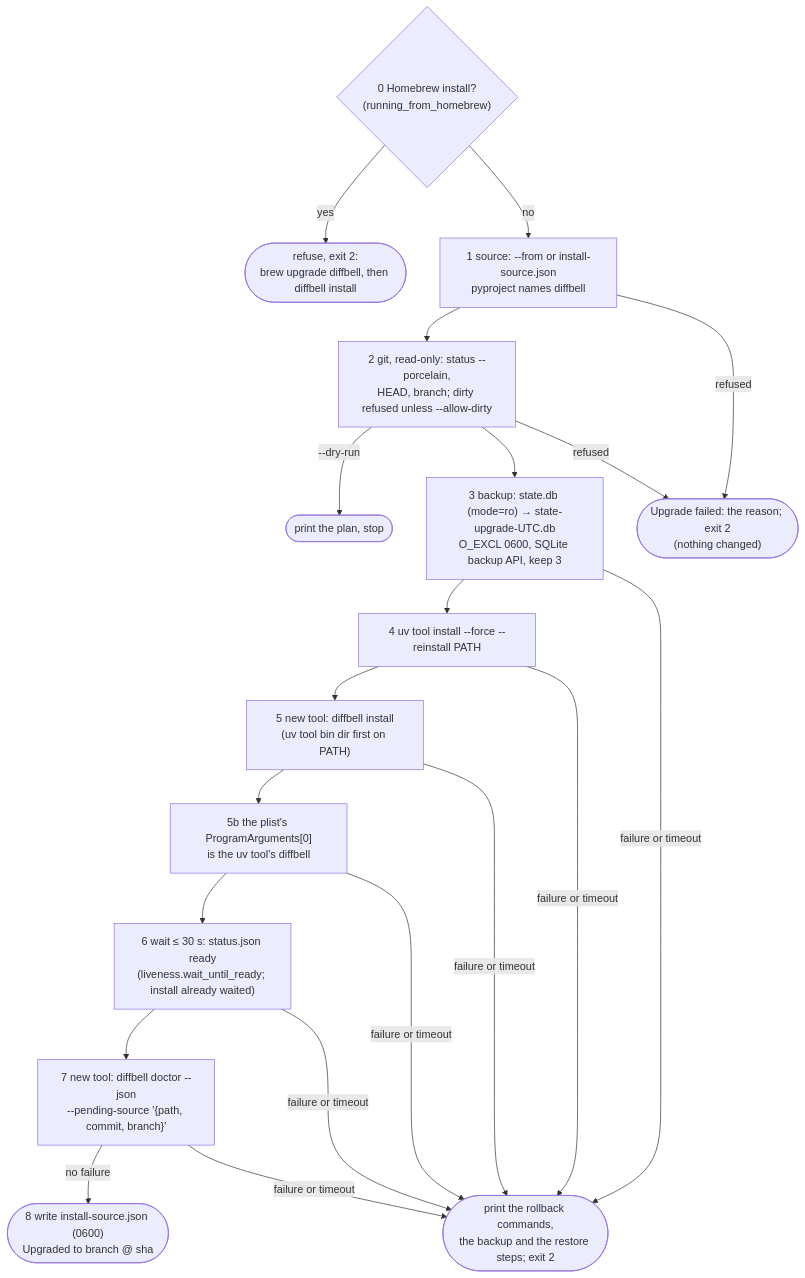
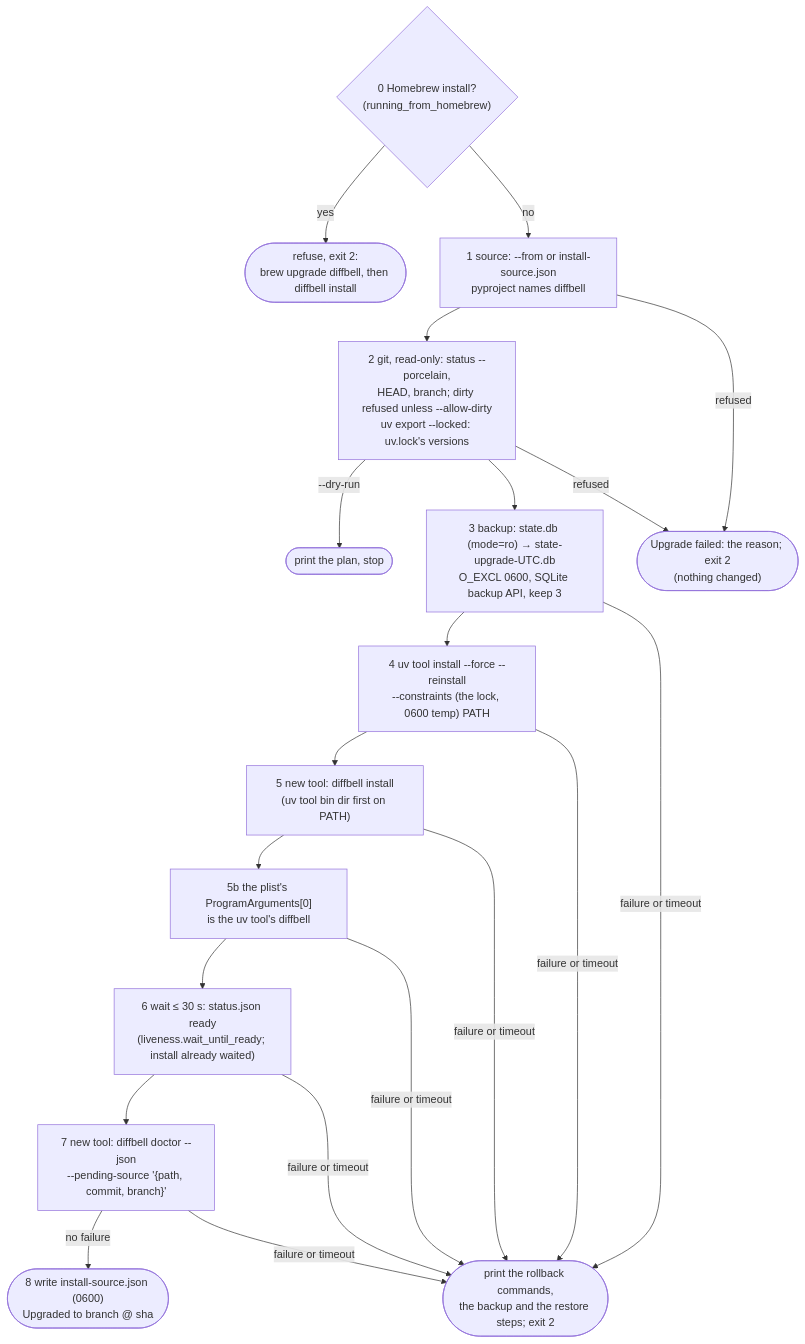
Before and after one commit to CodeTalks/diffbell: diagram 19 of 20 in docs/architecture.md, drawn with Mermaid. The commit also changed other lines of this file and 4 other files, not shown here.

First line of the commit message:
fix(upgrade): install the checkout's uv.lock versions

````diff
--- a/docs/architecture.md
+++ b/docs/architecture.md
@@ -1407,16 +1407,16 @@
 ```mermaid
 flowchart TD
     H{"0 Homebrew install?<br/>(running_from_homebrew)"} -->|yes| ZH(["refuse, exit 2:<br/>brew upgrade diffbell, then diffbell install"])
     H -->|no| A
-    A["1 source: --from or install-source.json<br/>pyproject names diffbell"] --> B["2 git, read-only: status --porcelain,<br/>HEAD, branch; dirty refused unless --allow-dirty"]
+    A["1 source: --from or install-source.json<br/>pyproject names diffbell"] --> B["2 git, read-only: status --porcelain,<br/>HEAD, branch; dirty refused unless --allow-dirty<br/>uv export --locked: uv.lock's versions"]
     B -->|--dry-run| Z0([print the plan, stop])
     B --> C["3 backup: state.db (mode=ro) → state-upgrade-UTC.db<br/>O_EXCL 0600, SQLite backup API, keep 3"]
-    C --> D["4 uv tool install --force --reinstall PATH"]
+    C --> D["4 uv tool install --force --reinstall<br/>--constraints (the lock, 0600 temp) PATH"]
     D --> E["5 new tool: diffbell install<br/>(uv tool bin dir first on PATH)"]
     E --> P["5b the plist's ProgramArguments[0]<br/>is the uv tool's diffbell"]
     P --> F["6 wait ≤ 30 s: status.json ready<br/>(liveness.wait_until_ready; install already waited)"]
     F --> G["7 new tool: diffbell doctor --json<br/>--pending-source '{path, commit, branch}'"]
     G -->|no failure| OK(["8 write install-source.json (0600)<br/>Upgraded to branch @ sha"])
     A & B -->|refused| X(["Upgrade failed: the reason; exit 2<br/>(nothing changed)"])
     C & D & E & P & F & G -->|failure or timeout| R(["print the rollback commands,<br/>the backup and the restore steps; exit 2"])
 ```
````
